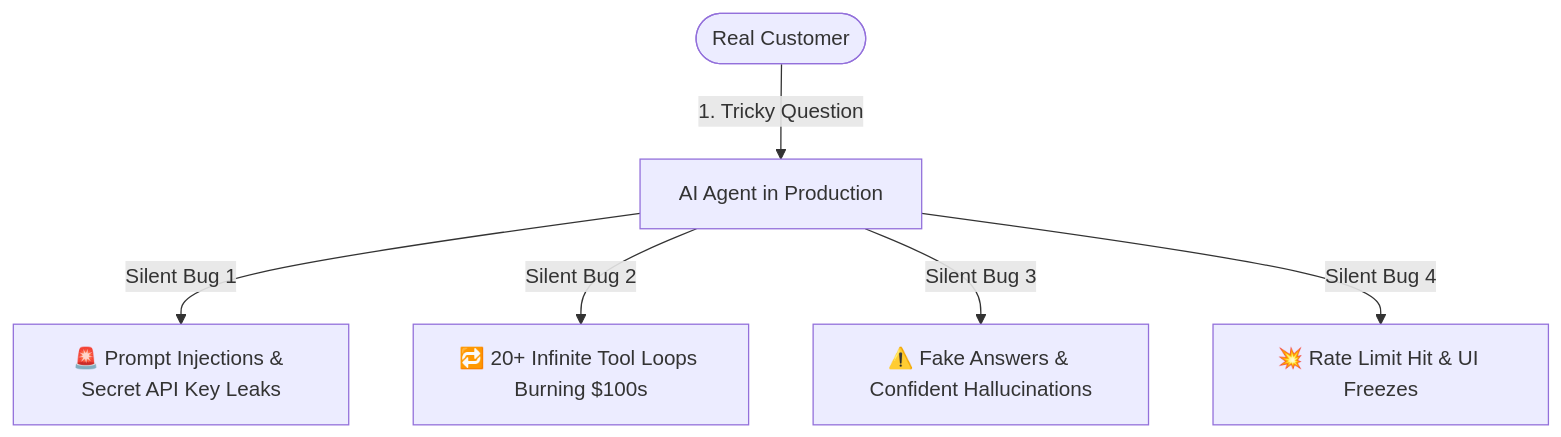
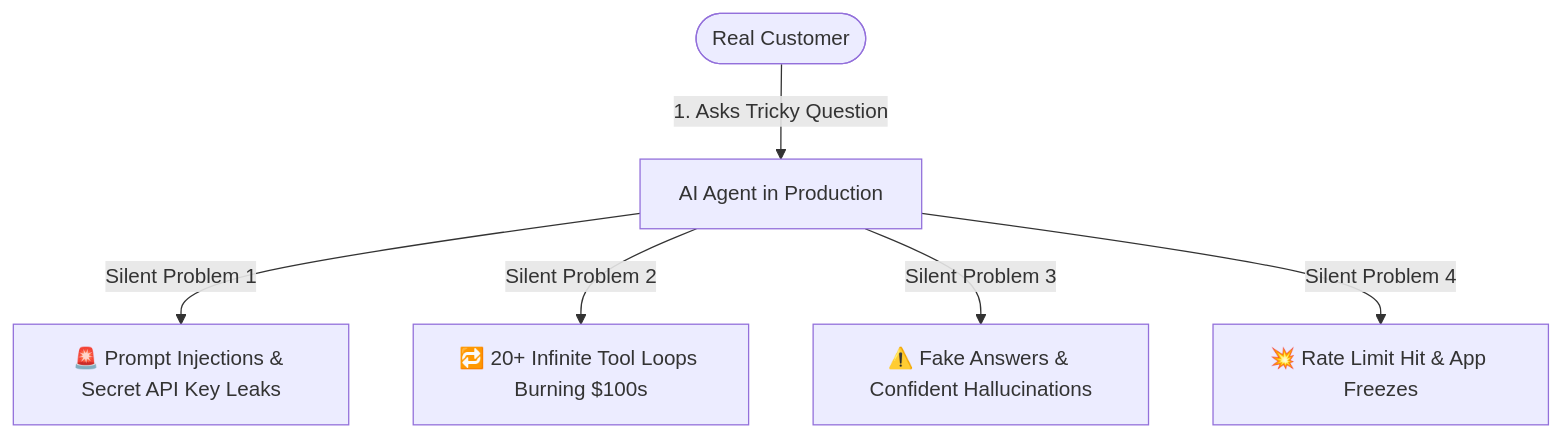
Before and after one commit to mehtab-shah-ai/Agentops: the first of 3 diagrams in README.md, drawn with Mermaid. The commit also changed other lines of this file, not shown here.

Commit message:
docs: redesign diagrams with 3-pillar flowchart, simple terms table and vertical architecture

````diff
--- a/README.md
+++ b/README.md
@@ -30,8 +30,8 @@
 ```mermaid
-graph TD
-    User([Real Customer]) -->|1. Tricky Question| Agent[AI Agent in Production]
-    Agent -->|Silent Bug 1| Inj[🚨 Prompt Injections & Secret API Key Leaks]
-    Agent -->|Silent Bug 2| Loop[🔁 20+ Infinite Tool Loops Burning $100s]
-    Agent -->|Silent Bug 3| Hallucinate[⚠️ Fake Answers & Confident Hallucinations]
-    Agent -->|Silent Bug 4| Crash[💥 Rate Limit Hit & UI Freezes]
+flowchart TD
+    User([Real Customer]) -->|1. Asks Tricky Question| Agent[AI Agent in Production]
+    Agent -->|Silent Problem 1| Inj[🚨 Prompt Injections & Secret API Key Leaks]
+    Agent -->|Silent Problem 2| Loop[🔁 20+ Infinite Tool Loops Burning $100s]
+    Agent -->|Silent Problem 3| Hallucinate[⚠️ Fake Answers & Confident Hallucinations]
+    Agent -->|Silent Problem 4| Crash[💥 Rate Limit Hit & App Freezes]
 ```
````
